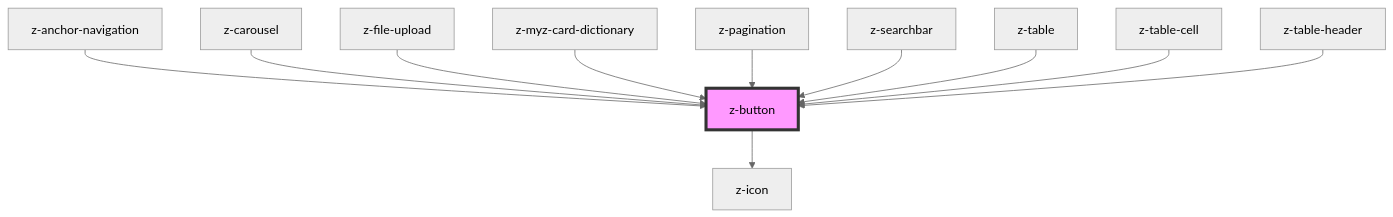
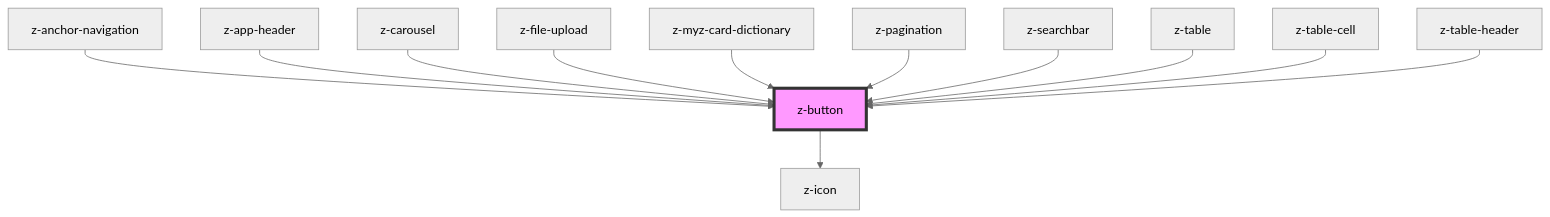
Before and after one commit to ZanichelliEditore/design-system: the diagram in src/components/buttons/z-button/readme.md, drawn with Mermaid (neutral theme). The commit also changed other lines of this file and 10 other files, not shown here.

````diff
--- a/src/components/buttons/z-button/readme.md
+++ b/src/components/buttons/z-button/readme.md
@@ -126,14 +127,15 @@
 ```mermaid
 graph TD;
   z-button --> z-icon
   z-anchor-navigation --> z-button
+  z-app-header --> z-button
   z-carousel --> z-button
   z-file-upload --> z-button
   z-myz-card-dictionary --> z-button
   z-pagination --> z-button
   z-searchbar --> z-button
   z-table --> z-button
   z-table-cell --> z-button
   z-table-header --> z-button
   style z-button fill:#f9f,stroke:#333,stroke-width:4px
 ```
````
